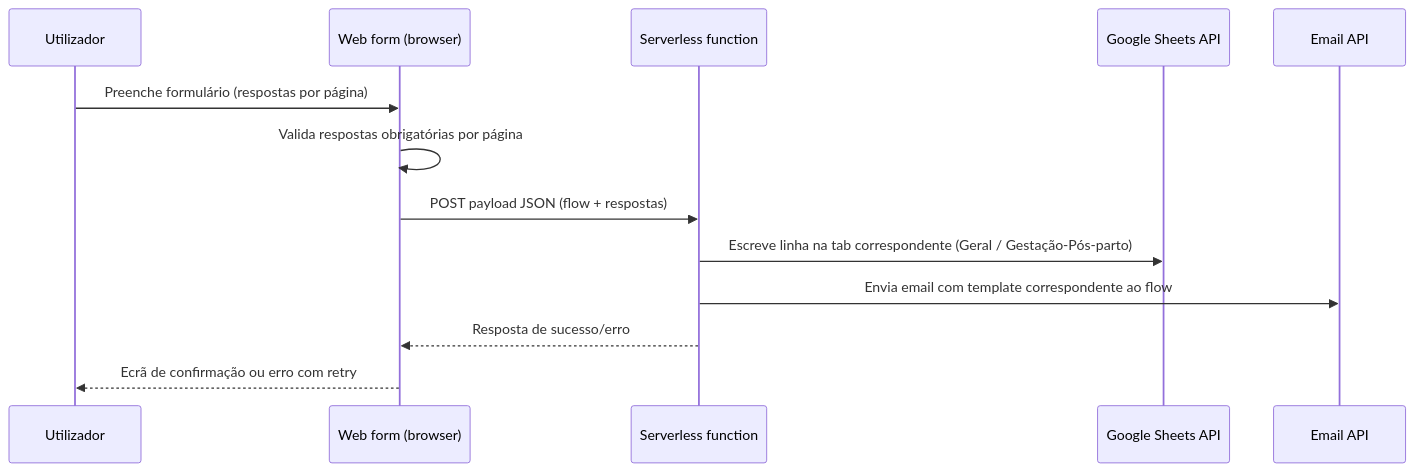
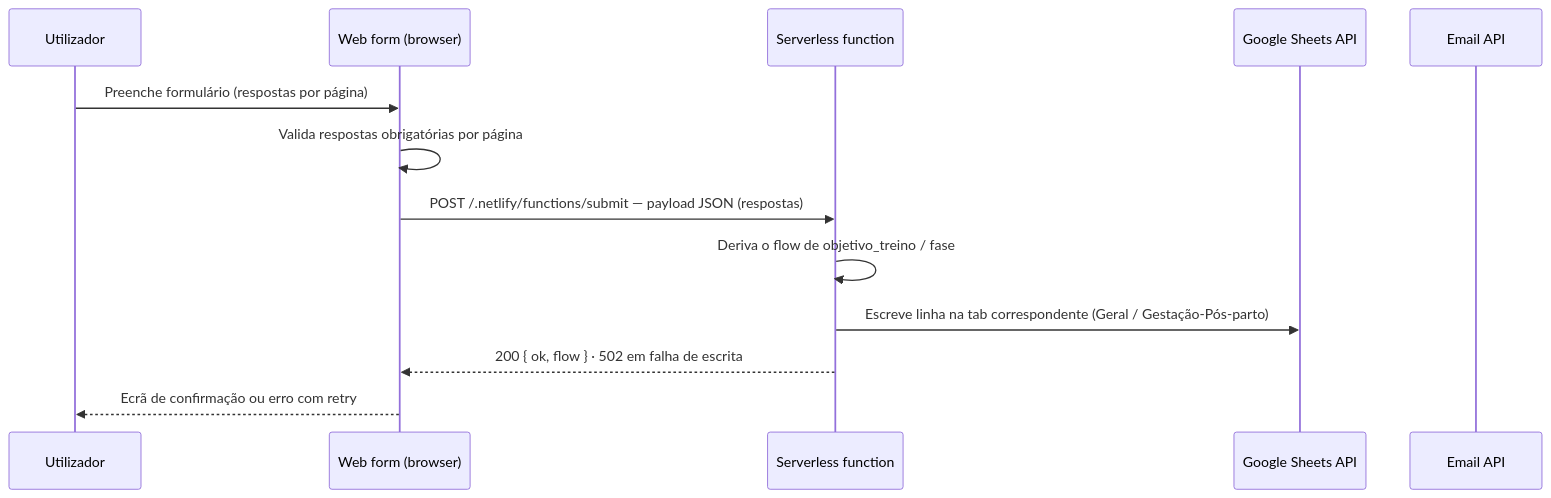
One commit to C2M2-Mobile-Minds/ignite-individual-coaching-web changed the second of 3 diagrams in README.md. Above: the diagram before and after it, drawn with Mermaid. The commit also changed other lines of this file and 18 other files, not shown here.

````diff
--- a/README.md
+++ b/README.md
@@ -103,16 +107,16 @@
 ```mermaid
 sequenceDiagram
     participant U as Utilizador
     participant W as Web form (browser)
     participant F as Serverless function
     participant S as Google Sheets API
     participant E as Email API
 
     U->>W: Preenche formulário (respostas por página)
     W->>W: Valida respostas obrigatórias por página
-    W->>F: POST payload JSON (flow + respostas)
+    W->>F: POST /.netlify/functions/submit — payload JSON (respostas)
+    F->>F: Deriva o flow de objetivo_treino / fase
     F->>S: Escreve linha na tab correspondente (Geral / Gestação-Pós-parto)
-    F->>E: Envia email com template correspondente ao flow
-    F-->>W: Resposta de sucesso/erro
+    F-->>W: 200 { ok, flow }  ·  502 em falha de escrita
     W-->>U: Ecrã de confirmação ou erro com retry
 ```
````
